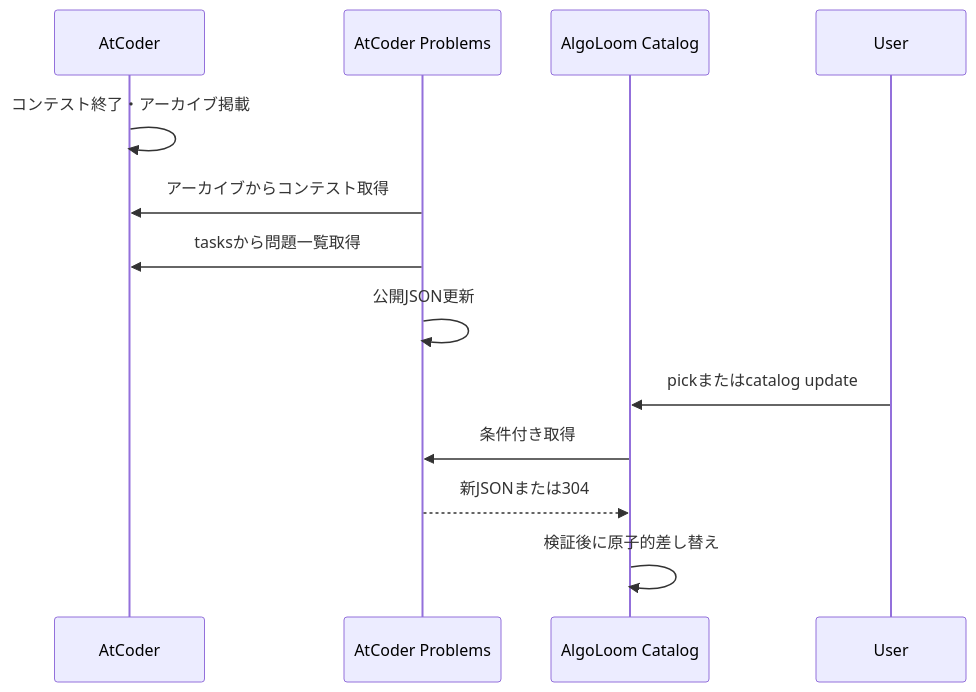
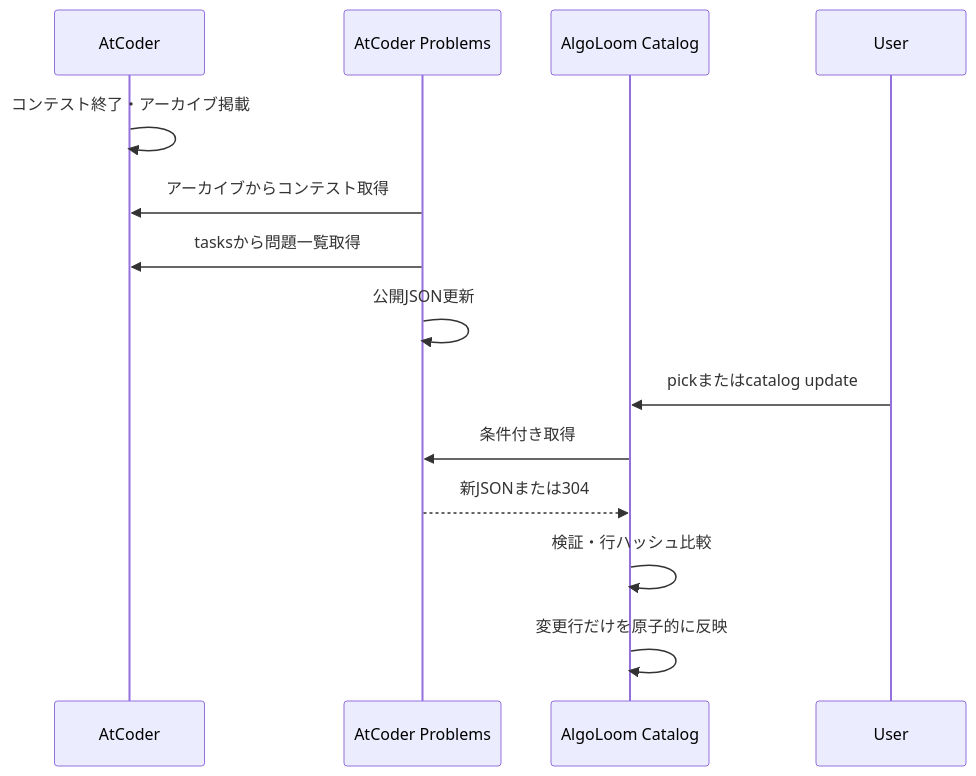
The second of 9 diagrams in design/problem-selection-and-catalog.md (mgmaru/algo-loom), drawn with Mermaid before and after one commit. The commit also changed other lines of this file, not shown here.

````diff
--- a/design/problem-selection-and-catalog.md
+++ b/design/problem-selection-and-catalog.md
@@ -183,16 +188,17 @@
 ```mermaid
 sequenceDiagram
     participant AT as AtCoder
     participant AP as AtCoder Problems
     participant C as AlgoLoom Catalog
     participant U as User
 
     AT->>AT: コンテスト終了・アーカイブ掲載
     AP->>AT: アーカイブからコンテスト取得
     AP->>AT: tasksから問題一覧取得
     AP->>AP: 公開JSON更新
     U->>C: pickまたはcatalog update
     C->>AP: 条件付き取得
     AP-->>C: 新JSONまたは304
-    C->>C: 検証後に原子的差し替え
+    C->>C: 検証・行ハッシュ比較
+    C->>C: 変更行だけを原子的に反映
 ```
````
